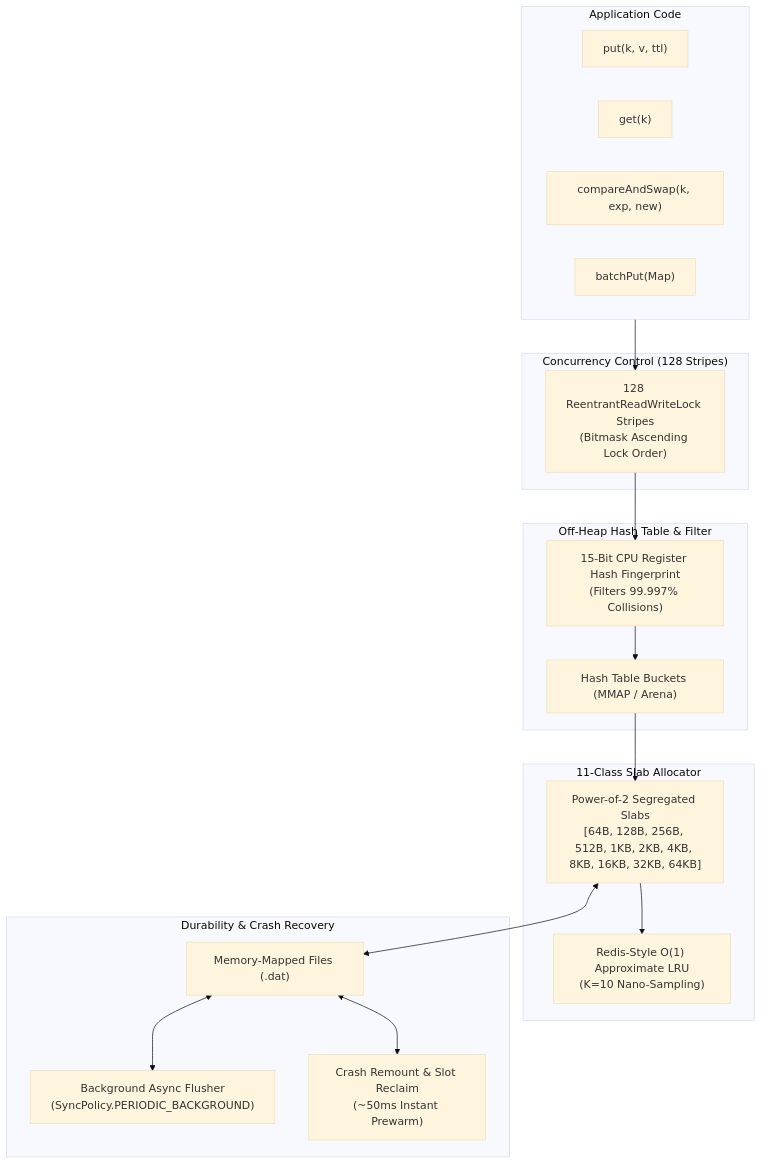
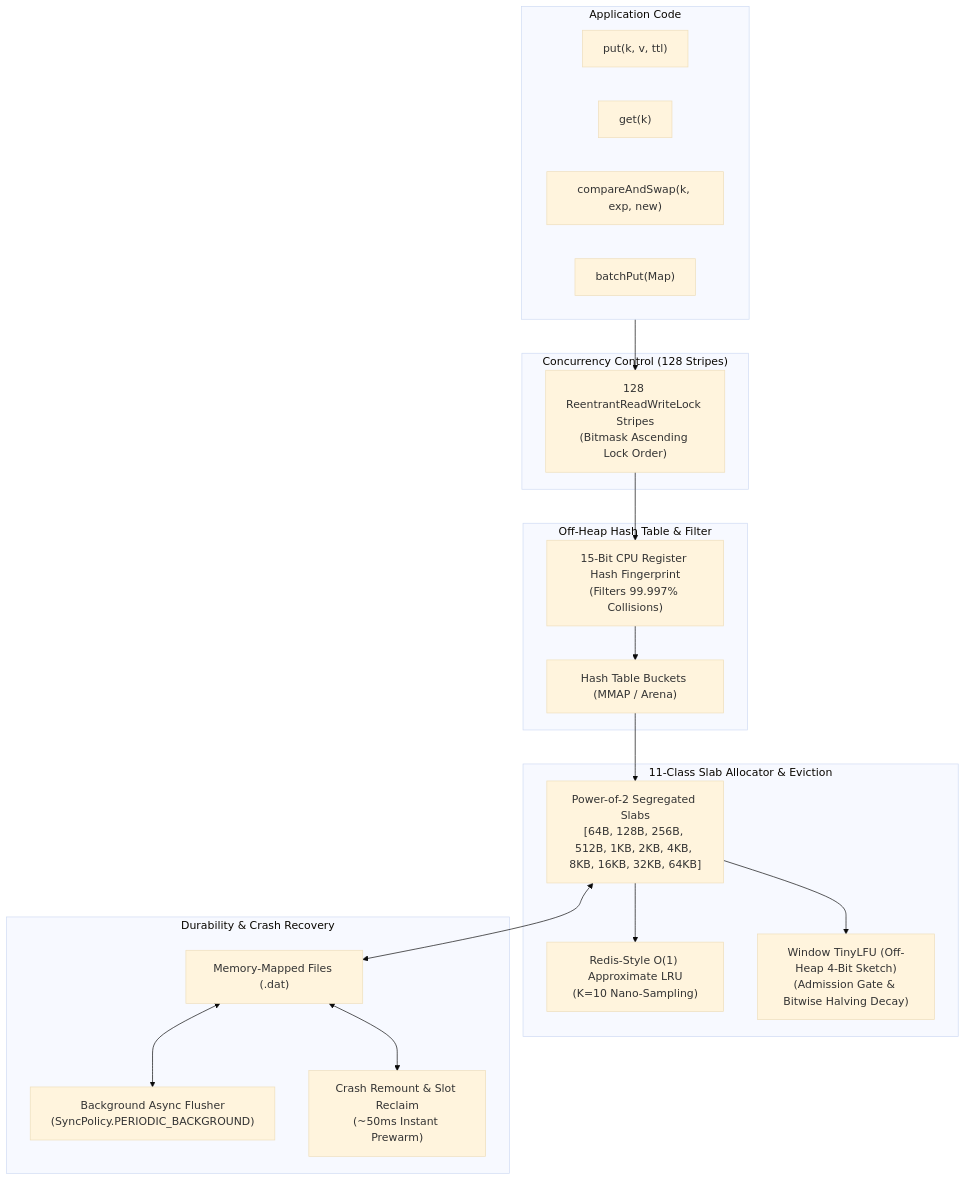
Before and after one commit to liam1024-tech/offheap-store: the diagram in README.md, drawn with Mermaid (base theme). The commit also changed other lines of this file and 9 other files, not shown here.

First line of the commit message:
feat: integrate Caffeine Window TinyLFU eviction & off-heap 4-bit sketch v1.2.0

````diff
--- a/README.md
+++ b/README.md
@@ -36,38 +37,40 @@
 ```mermaid
 flowchart TD
     subgraph Client ["Application Code"]
         Put["put(k, v, ttl)"]
         Get["get(k)"]
         CAS["compareAndSwap(k, exp, new)"]
         Batch["batchPut(Map<k,v>)"]
     end
 
     subgraph Concurrency ["Concurrency Control (128 Stripes)"]
         Stripes["128 ReentrantReadWriteLock Stripes\n(Bitmask Ascending Lock Order)"]
     end
 
     subgraph Index ["Off-Heap Hash Table & Filter"]
         Buckets["Hash Table Buckets (MMAP / Arena)"]
         FP["15-Bit CPU Register Hash Fingerprint\n(Filters 99.997% Collisions)"]
     end
 
-    subgraph Allocator ["11-Class Slab Allocator"]
+    subgraph Allocator ["11-Class Slab Allocator & Eviction"]
         Slabs["Power-of-2 Segregated Slabs\n[64B, 128B, 256B, 512B, 1KB, 2KB, 4KB, 8KB, 16KB, 32KB, 64KB]"]
         LRU["Redis-Style O(1) Approximate LRU\n(K=10 Nano-Sampling)"]
+        TinyLFU["Window TinyLFU (Off-Heap 4-Bit Sketch)\n(Admission Gate & Bitwise Halving Decay)"]
     end
 
     subgraph Persistence ["Durability & Crash Recovery"]
         MMAP["Memory-Mapped Files (.dat)"]
         Flusher["Background Async Flusher\n(SyncPolicy.PERIODIC_BACKGROUND)"]
         Recovery["Crash Remount & Slot Reclaim\n(~50ms Instant Prewarm)"]
     end
 
     Client --> Stripes
     Stripes --> FP
     FP --> Buckets
     Buckets --> Slabs
     Slabs --> LRU
+    Slabs --> TinyLFU
     Slabs <--> MMAP
     MMAP <--> Flusher
     MMAP <--> Recovery
 ```
````
